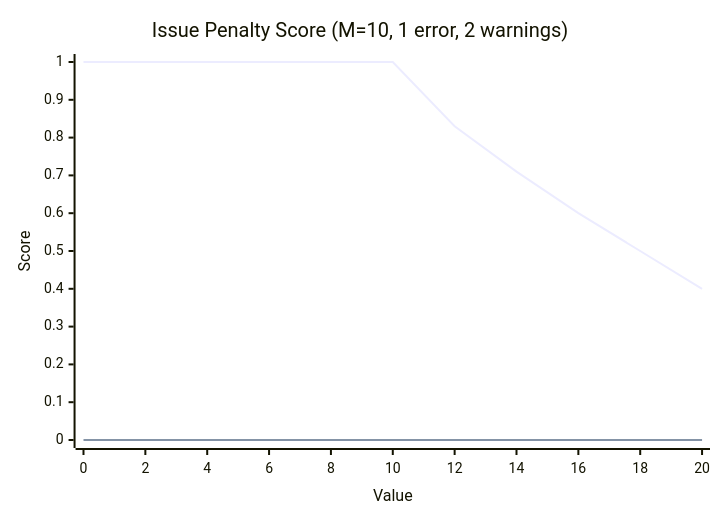
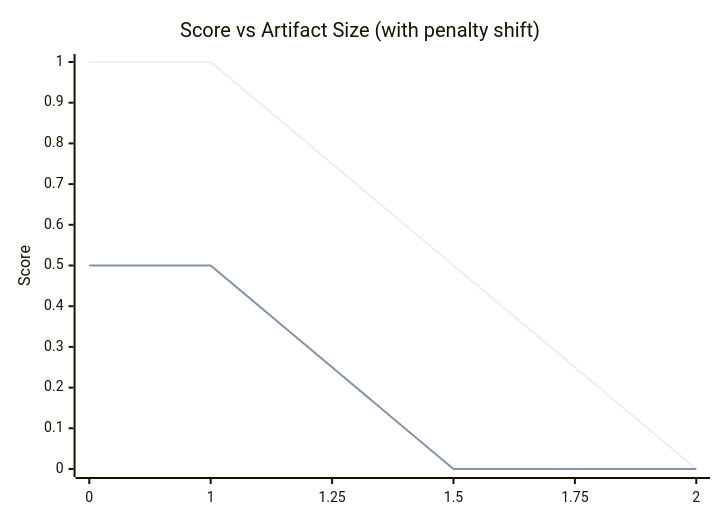
One commit to code-pushup/cli changed the seventh of 7 diagrams in packages/cli/docs/scoring.md. Above: the diagram before and after it, drawn with Mermaid. The commit also changed other lines of this file, not shown here.

````diff
--- a/packages/cli/docs/scoring.md
+++ b/packages/cli/docs/scoring.md
@@ -354,8 +370,8 @@
 ```mermaid
 xychart-beta
-    title "Issue Penalty Score (M=10, 1 error, 2 warnings)"
-    x-axis "Value" [0,2,4,6,8,10,12,14,16,18,20]
+    title "Score vs Artifact Size (with penalty shift)"
+    x-axis [0, 1, 1.25, 1.5, 1.75, 2]
     y-axis "Score" 0 --> 1
-    line "Threshold Only" [1,1,1,1,1,1,0.83,0.71,0.6,0.5,0.4]
-    line "With Penalties" [0,0,0,0,0,0,0,0,0,0,0]
+    line Original  [1, 1,   0.75, 0.5, 0.25, 0]
+    line Penalized [0.5, 0.5, 0.25, 0,   0,    0]
 ```
````
